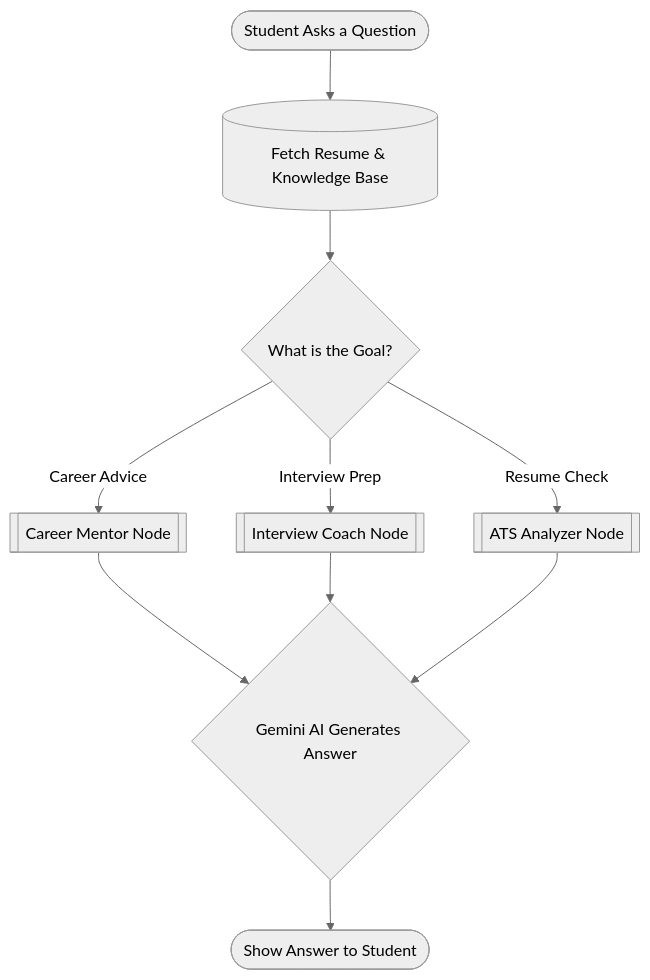
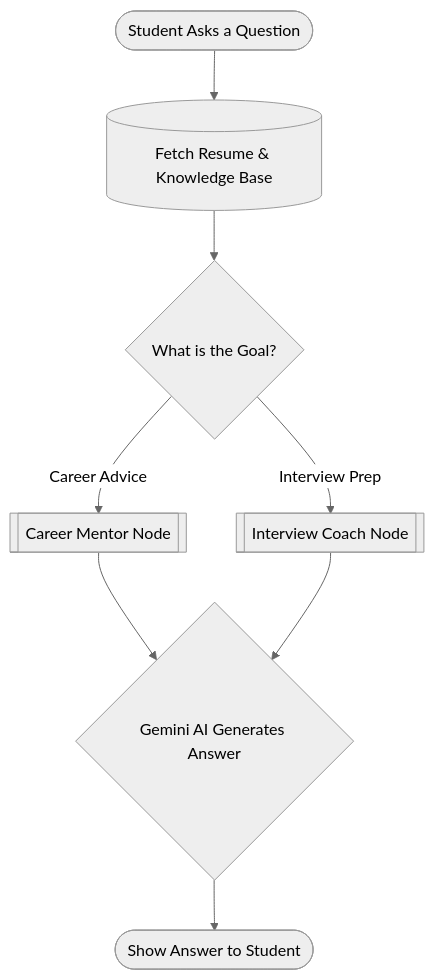
The third of 6 diagrams in README.md (Mounikaishu/RAG_play_ground), drawn with Mermaid (neutral theme) before and after one commit. The commit also changed other lines of this file, not shown here.

````diff
--- a/README.md
+++ b/README.md
@@ -53,15 +48,13 @@
 ```mermaid
 flowchart TD
     Ask([Student Asks a Question]) --> Retrieve[(Fetch Resume & Knowledge Base)]
     Retrieve --> Decide{What is the Goal?}
     
     Decide -->|Career Advice| Mentor[[Career Mentor Node]]
     Decide -->|Interview Prep| Interview[[Interview Coach Node]]
-    Decide -->|Resume Check| ATS[[ATS Analyzer Node]]
     
     Mentor --> Gen{Gemini AI Generates Answer}
     Interview --> Gen
-    ATS --> Gen
     
     Gen --> Reply([Show Answer to Student])
 ```
````
